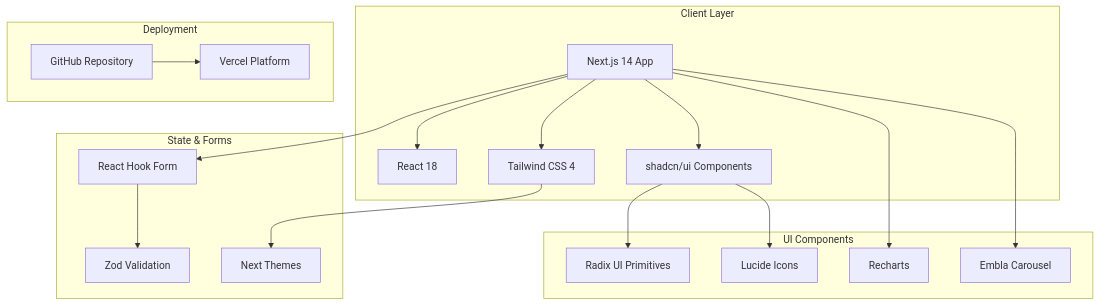
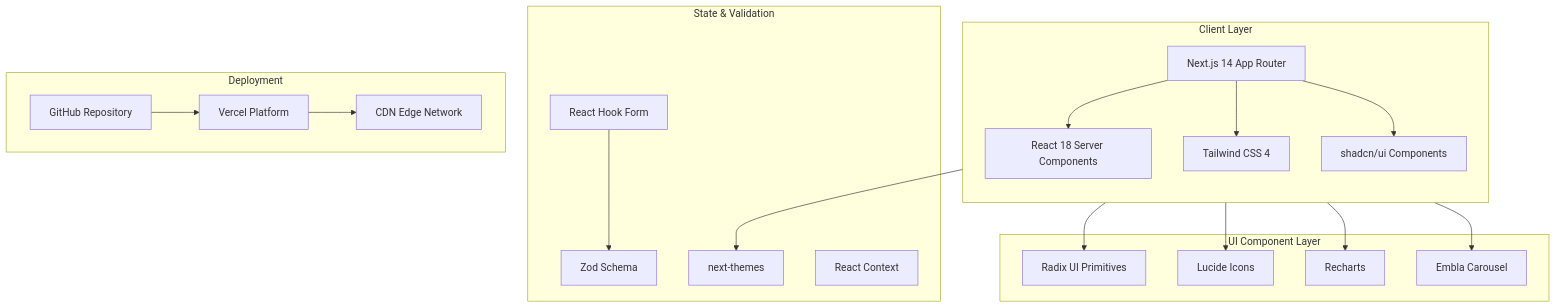
The diagram in README.md (girishlade111/sketchpad-ui-theme), drawn with Mermaid before and after one commit. The commit also changed other lines of this file, not shown here.

````diff
--- a/README.md
+++ b/README.md
@@ -21,39 +30,42 @@
 ```mermaid
 flowchart TB
     subgraph "Client Layer"
-        A[Next.js 14 App]
-        B[React 18]
+        direction TB
+        A[Next.js 14 App Router]
+        B[React 18 Server Components]
         C[Tailwind CSS 4]
         D[shadcn/ui Components]
     end
 
-    subgraph "UI Components"
+    subgraph "UI Component Layer"
         E[Radix UI Primitives]
         F[Lucide Icons]
         G[Recharts]
         H[Embla Carousel]
     end
 
-    subgraph "State & Forms"
+    subgraph "State & Validation"
         I[React Hook Form]
-        J[Zod Validation]
-        K[Next Themes]
+        J[Zod Schema]
+        K[next-themes]
+        L[React Context]
     end
 
     subgraph "Deployment"
-        L[Vercel Platform]
-        M[GitHub Repository]
+        M[Vercel Platform]
+        N[GitHub Repository]
+        O[CDN Edge Network]
     end
 
     A --> B
     A --> C
     A --> D
     D --> E
     D --> F
-    A --> G
-    A --> H
-    A --> I
+    B --> G
+    B --> H
     I --> J
     C --> K
-    M --> L
+    N --> M
+    M --> O
 ```
````
